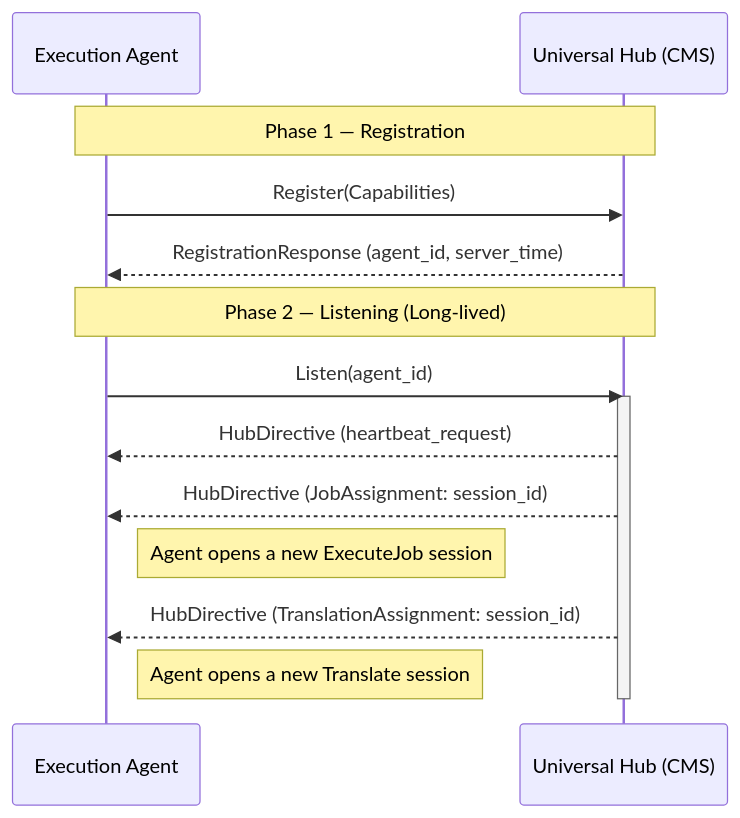
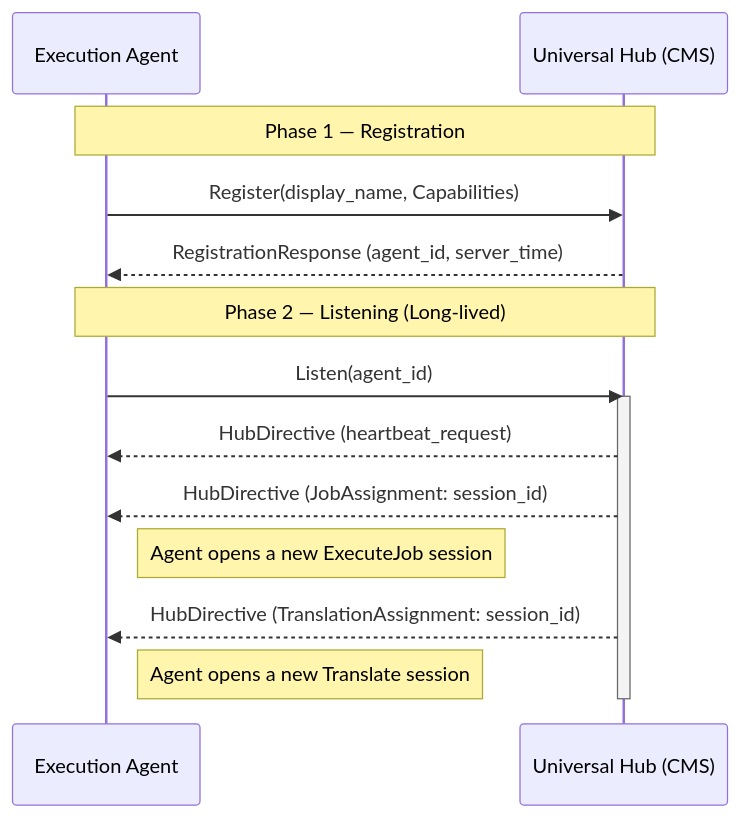
One commit to HSGamer/TestGenesis changed the first of 5 diagrams in specification/PROTOCOL.md. Above: the diagram before and after it, drawn with Mermaid. The commit also changed other lines of this file and 1 other file, not shown here.

Commit message:
provide display name when registering agent

````diff
--- a/specification/PROTOCOL.md
+++ b/specification/PROTOCOL.md
@@ -22,19 +22,19 @@
 ```mermaid
 sequenceDiagram
     participant A as Execution Agent
     participant H as Universal Hub (CMS)
 
     Note over A,H: Phase 1 — Registration
-    A->>H: Register(Capabilities)
+    A->>H: Register(display_name, Capabilities)
     H-->>A: RegistrationResponse (agent_id, server_time)
 
     Note over A,H: Phase 2 — Listening (Long-lived)
     A->>H: Listen(agent_id)
     activate H
     H-->>A: HubDirective (heartbeat_request)
     H-->>A: HubDirective (JobAssignment: session_id)
     Note right of A: Agent opens a new ExecuteJob session
     H-->>A: HubDirective (TranslationAssignment: session_id)
     Note right of A: Agent opens a new Translate session
     deactivate H
 ```
````
